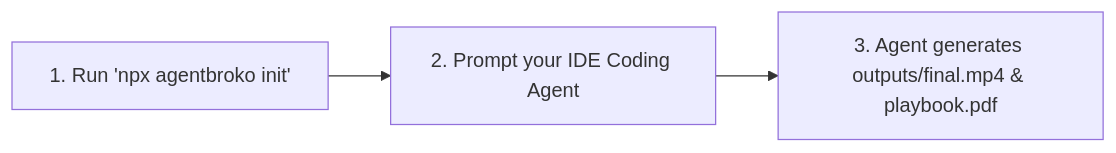
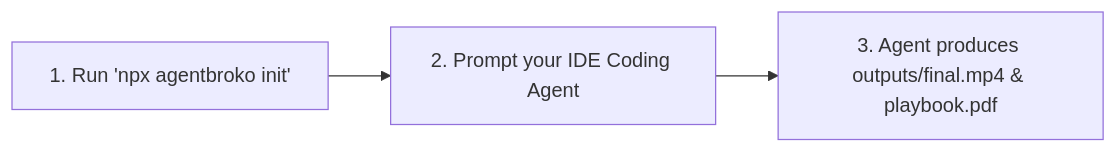
One commit to sajidhossain8272/agentbroko changed the diagram in README.md. Above: the diagram before and after it, drawn with Mermaid. The commit also changed other lines of this file and 11 other files, not shown here.

````diff
--- a/README.md
+++ b/README.md
@@ -16,5 +16,5 @@
 ```mermaid
 graph LR
     A["1. Run 'npx agentbroko init'"] --> B["2. Prompt your IDE Coding Agent"]
-    B --> C["3. Agent generates outputs/final.mp4 & playbook.pdf"]
+    B --> C["3. Agent produces outputs/final.mp4 & playbook.pdf"]
 ```
````
